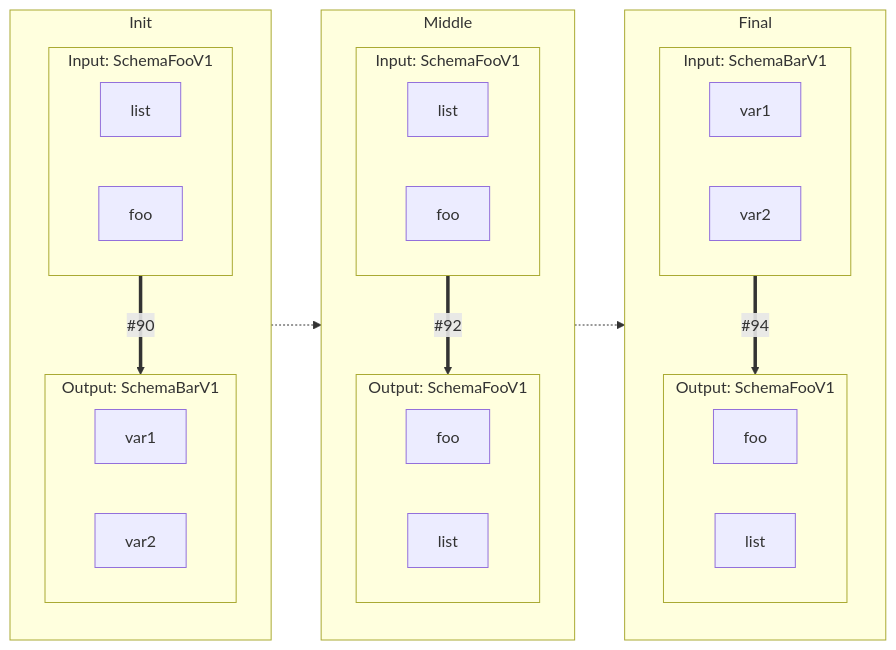
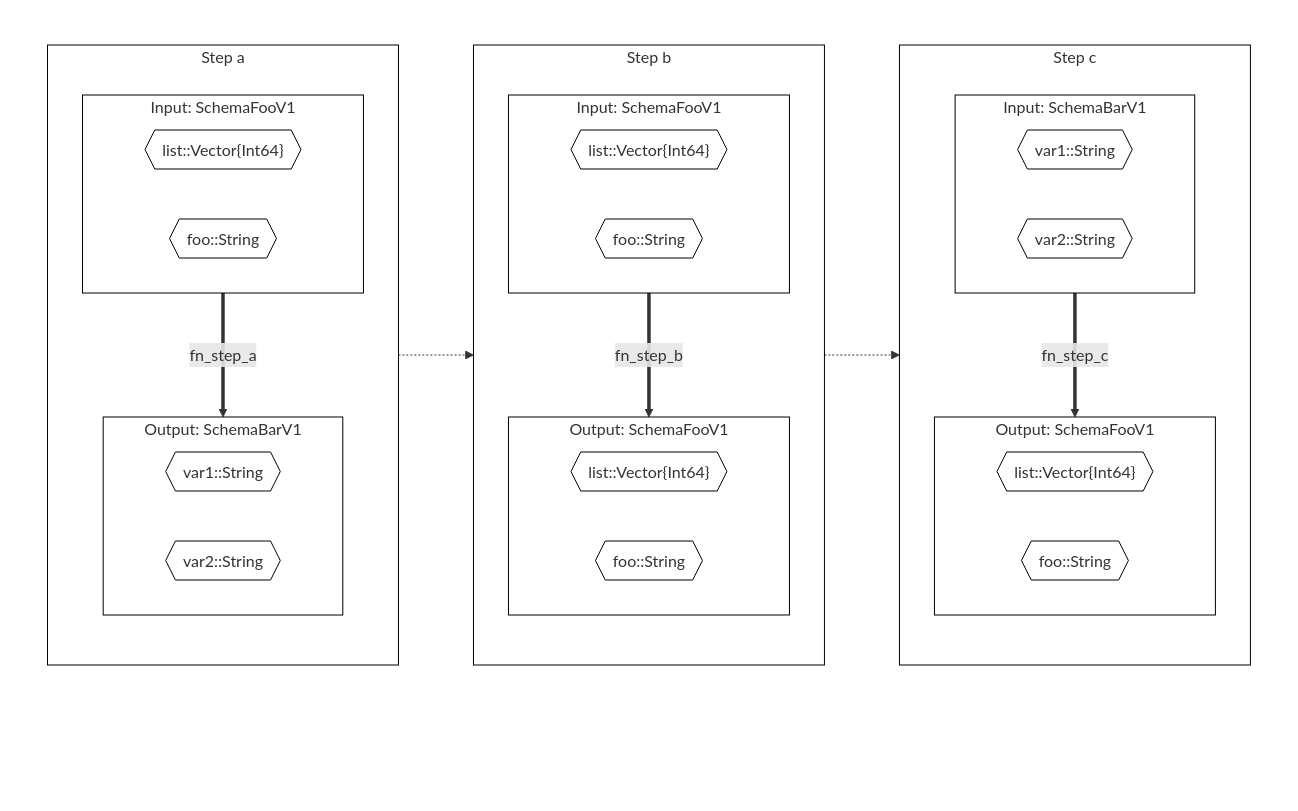
One commit to beacon-biosignals/TransformSpecifications.jl changed the diagram in test/reference_tests/mermaid_nothrowchain.md. Above: the diagram before and after it, drawn with Mermaid. The commit also changed 3 other files, not shown here.

````diff
--- a/test/reference_tests/mermaid_nothrowchain.md
+++ b/test/reference_tests/mermaid_nothrowchain.md
@@ -1,53 +1,80 @@
 ```mermaid
-flowchart LR
+flowchart
 
 %% Add steps (nodes)
-subgraph INIT[Init]
+subgraph OUTERLEVEL["` `"]
+direction LR
+subgraph STEP_A[Step a]
   direction TB
-  subgraph INIT_InputSchema[Input: SchemaFooV1]
+  subgraph STEP_A_InputSchema[Input: SchemaFooV1]
     direction RL
-    INIT_InputSchemalist[list]
-    INIT_InputSchemafoo[foo]
+    STEP_A_InputSchemalist{{"list::Vector{Int64}"}}
+    class STEP_A_InputSchemalist classSpecField
+    STEP_A_InputSchemafoo{{"foo::String"}}
+    class STEP_A_InputSchemafoo classSpecField
   end
-  subgraph INIT_OutputSchema[Output: SchemaBarV1]
+  subgraph STEP_A_OutputSchema[Output: SchemaBarV1]
     direction RL
-    INIT_OutputSchemavar1[var1]
-    INIT_OutputSchemavar2[var2]
+    STEP_A_OutputSchemavar1{{"var1::String"}}
+    class STEP_A_OutputSchemavar1 classSpecField
+    STEP_A_OutputSchemavar2{{"var2::String"}}
+    class STEP_A_OutputSchemavar2 classSpecField
   end
-  INIT_InputSchema == #90 ==> INIT_OutputSchema
+  STEP_A_InputSchema:::classSpec == fn_step_a ==> STEP_A_OutputSchema:::classSpec
 end
-subgraph MIDDLE[Middle]
+subgraph STEP_B[Step b]
   direction TB
-  subgraph MIDDLE_InputSchema[Input: SchemaFooV1]
+  subgraph STEP_B_InputSchema[Input: SchemaFooV1]
     direction RL
-    MIDDLE_InputSchemalist[list]
-    MIDDLE_InputSchemafoo[foo]
+    STEP_B_InputSchemalist{{"list::Vector{Int64}"}}
+    class STEP_B_InputSchemalist classSpecField
+    STEP_B_InputSchemafoo{{"foo::String"}}
+    class STEP_B_InputSchemafoo classSpecField
   end
-  subgraph MIDDLE_OutputSchema[Output: SchemaFooV1]
+  subgraph STEP_B_OutputSchema[Output: SchemaFooV1]
     direction RL
-    MIDDLE_OutputSchemafoo[foo]
-    MIDDLE_OutputSchemalist[list]
+    STEP_B_OutputSchemalist{{"list::Vector{Int64}"}}
+    class STEP_B_OutputSchemalist classSpecField
+    STEP_B_OutputSchemafoo{{"foo::String"}}
+    class STEP_B_OutputSchemafoo classSpecField
   end
-  MIDDLE_InputSchema == #92 ==> MIDDLE_OutputSchema
+  STEP_B_InputSchema:::classSpec == fn_step_b ==> STEP_B_OutputSchema:::classSpec
 end
-subgraph FINAL[Final]
+subgraph STEP_C[Step c]
   direction TB
-  subgraph FINAL_InputSchema[Input: SchemaBarV1]
+  subgraph STEP_C_InputSchema[Input: SchemaBarV1]
     direction RL
-    FINAL_InputSchemavar1[var1]
-    FINAL_InputSchemavar2[var2]
+    STEP_C_InputSchemavar1{{"var1::String"}}
+    class STEP_C_InputSchemavar1 classSpecField
+    STEP_C_InputSchemavar2{{"var2::String"}}
+    class STEP_C_InputSchemavar2 classSpecField
   end
-  subgraph FINAL_OutputSchema[Output: SchemaFooV1]
+  subgraph STEP_C_OutputSchema[Output: SchemaFooV1]
     direction RL
-    FINAL_OutputSchemafoo[foo]
-    FINAL_OutputSchemalist[list]
+    STEP_C_OutputSchemalist{{"list::Vector{Int64}"}}
+    class STEP_C_OutputSchemalist classSpecField
+    STEP_C_OutputSchemafoo{{"foo::String"}}
+    class STEP_C_OutputSchemafoo classSpecField
   end
-  FINAL_InputSchema == #94 ==> FINAL_OutputSchema
+  STEP_C_InputSchema:::classSpec == fn_step_c ==> STEP_C_OutputSchema:::classSpec
 end
 
 %% Link steps (nodes)
-INIT -.-> MIDDLE
-MIDDLE -.-> FINAL
+STEP_A:::classStep -.-> STEP_B:::classStep
+STEP_B:::classStep -.-> STEP_C:::classStep
+
+end
+OUTERLEVEL:::classOuter ~~~ OUTERLEVEL:::classOuter
 
 %% Link step i/o fields
+%% TODO-future
+
+%% Styling definitions
+classDef classStep fill:#fff,stroke:#000,stroke-width:1px;
+classDef classSpec fill:#fff,stroke:#000,stroke-width:1px;
+classDef classOuter fill:#fff,stroke:#000,stroke-width:0px;
+classDef classSpecField fill:#fff,stroke:#000,stroke-width:1px;
+
+%% Link step i/o fields
+%% TODO-future
 ```
````
